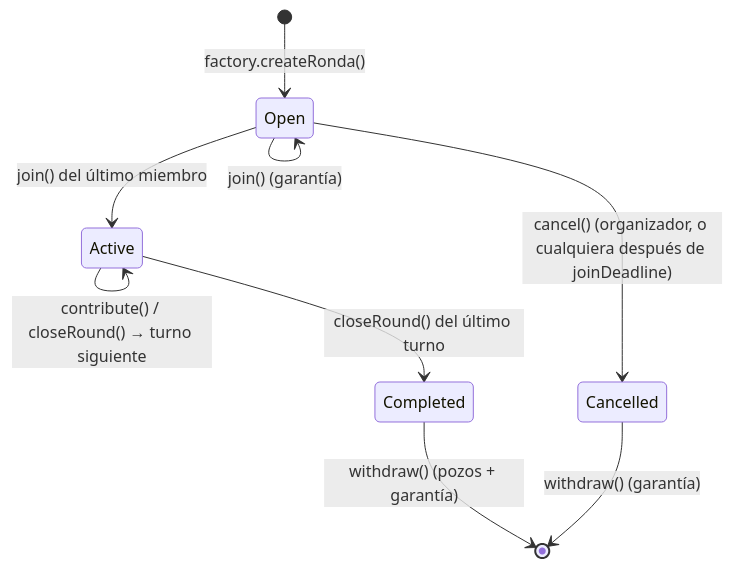
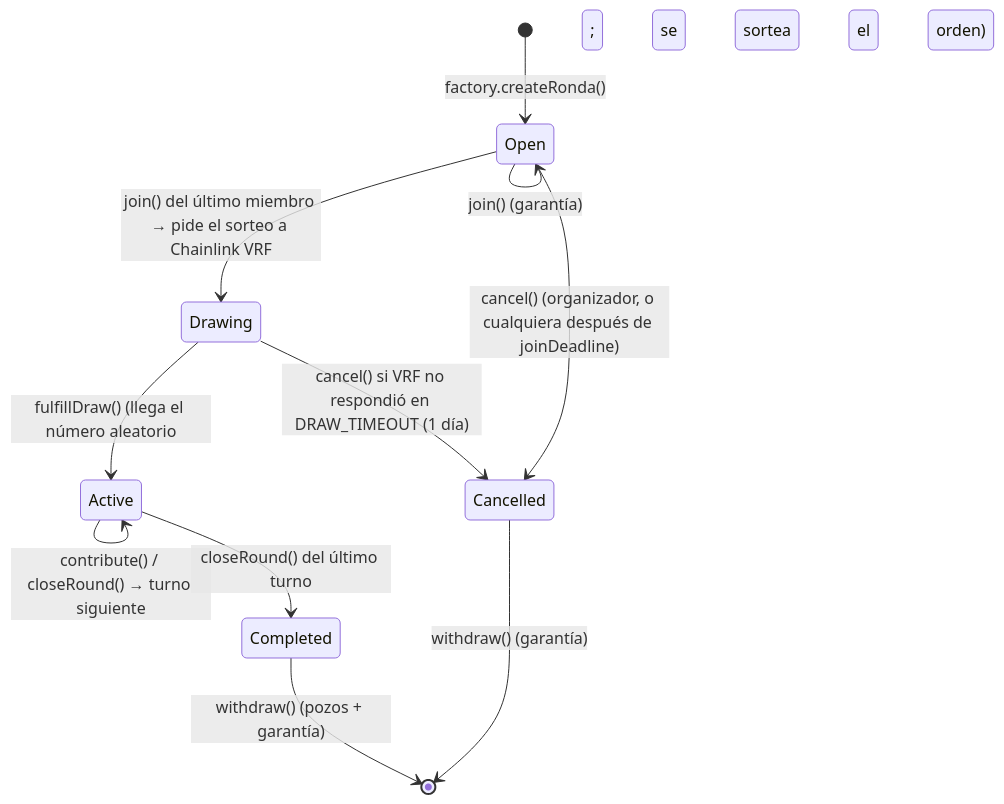
One commit to carlosbinker/trustronda-n2 changed the second of 2 diagrams in README.md. Above: the diagram before and after it, drawn with Mermaid. The commit also changed other lines of this file and 5 other files, not shown here.

````diff
--- a/README.md
+++ b/README.md
@@ -81,11 +86,13 @@
 ```mermaid
 stateDiagram-v2
     [*] --> Open: factory.createRonda()
     Open --> Open: join() (garantía)
-    Open --> Active: join() del último miembro
+    Open --> Drawing: join() del último miembro → pide el sorteo a Chainlink VRF
+    Drawing --> Active: fulfillDraw() (llega el número aleatorio; se sortea el orden)
+    Drawing --> Cancelled: cancel() si VRF no respondió en DRAW_TIMEOUT (1 día)
     Open --> Cancelled: cancel() (organizador, o cualquiera después de joinDeadline)
     Active --> Active: contribute() / closeRound() → turno siguiente
     Active --> Completed: closeRound() del último turno
     Completed --> [*]: withdraw() (pozos + garantía)
     Cancelled --> [*]: withdraw() (garantía)
 ```
````
